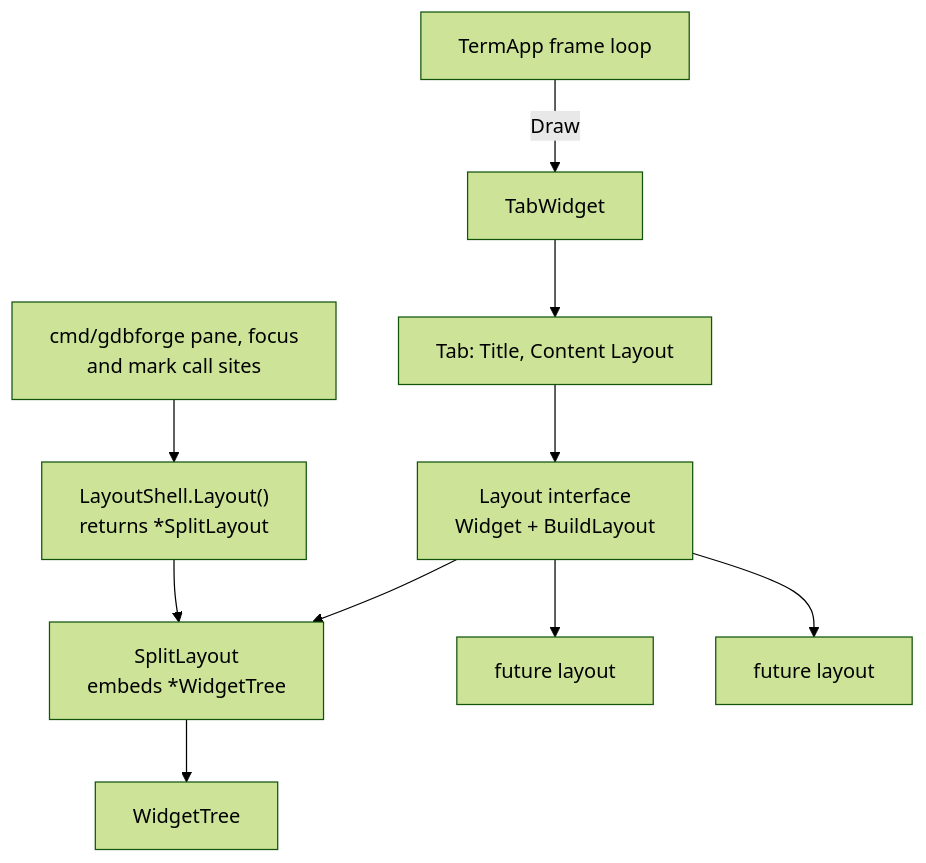
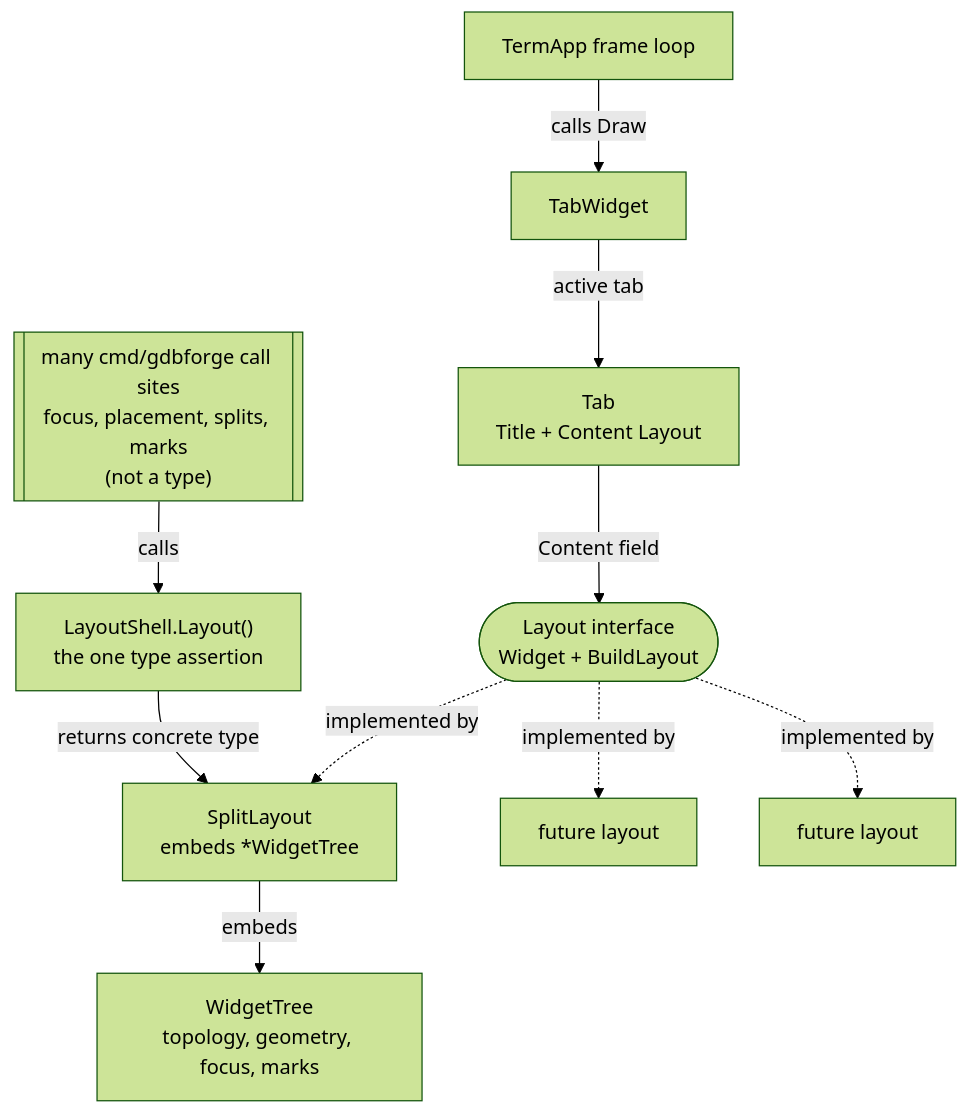
The diagram in docs/diagrams/tab_layout.mermaid (yairgd/gdbforge), drawn with Mermaid (forest theme) before and after one commit. The commit also changed 3 other files, not shown here.

```diff
--- a/docs/diagrams/tab_layout.mermaid
+++ b/docs/diagrams/tab_layout.mermaid
@@ -1,21 +1,25 @@
+%% Tab is a generic Layout container: two separate routes to SplitLayout.
+%% Solid arrows are runtime use (call / field / embed); dotted arrows are
+%% the implements relationship. Stadium node = interface, double-barred
+%% node = a set of call sites rather than a type.
 flowchart TD
     TermApp["TermApp frame loop"]
     TabW["TabWidget"]
-    Tab["Tab: Title, Content Layout"]
-    Iface["Layout interface<br/>Widget + BuildLayout"]
+    Tab["Tab<br/>Title + Content Layout"]
+    Iface(["Layout interface<br/>Widget + BuildLayout"])
     SL["SplitLayout<br/>embeds *WidgetTree"]
-    WT["WidgetTree"]
+    WT["WidgetTree<br/>topology, geometry, focus, marks"]
     FutureA["future layout"]
     FutureB["future layout"]
-    Shell["LayoutShell.Layout()<br/>returns *SplitLayout"]
-    AppCode["cmd/gdbforge pane, focus<br/>and mark call sites"]
+    Shell["LayoutShell.Layout()<br/>the one type assertion"]
+    AppCode[["many cmd/gdbforge call sites<br/>focus, placement, splits, marks<br/>(not a type)"]]
 
-    TermApp -->|"Draw"| TabW
-    TabW --> Tab
-    Tab --> Iface
-    Iface --> SL
-    Iface --> FutureA
-    Iface --> FutureB
-    SL --> WT
-    AppCode --> Shell
-    Shell --> SL
+    TermApp -->|"calls Draw"| TabW
+    TabW -->|"active tab"| Tab
+    Tab -->|"Content field"| Iface
+    Iface -.->|"implemented by"| SL
+    Iface -.->|"implemented by"| FutureA
+    Iface -.->|"implemented by"| FutureB
+    SL -->|"embeds"| WT
+    AppCode -->|"calls"| Shell
+    Shell -->|"returns concrete type"| SL
```
